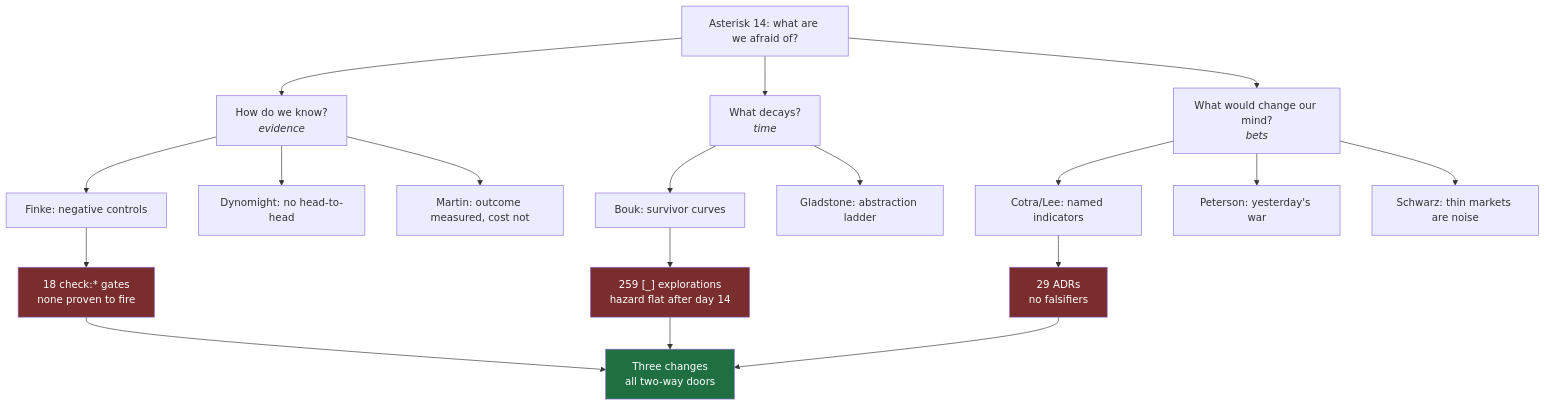
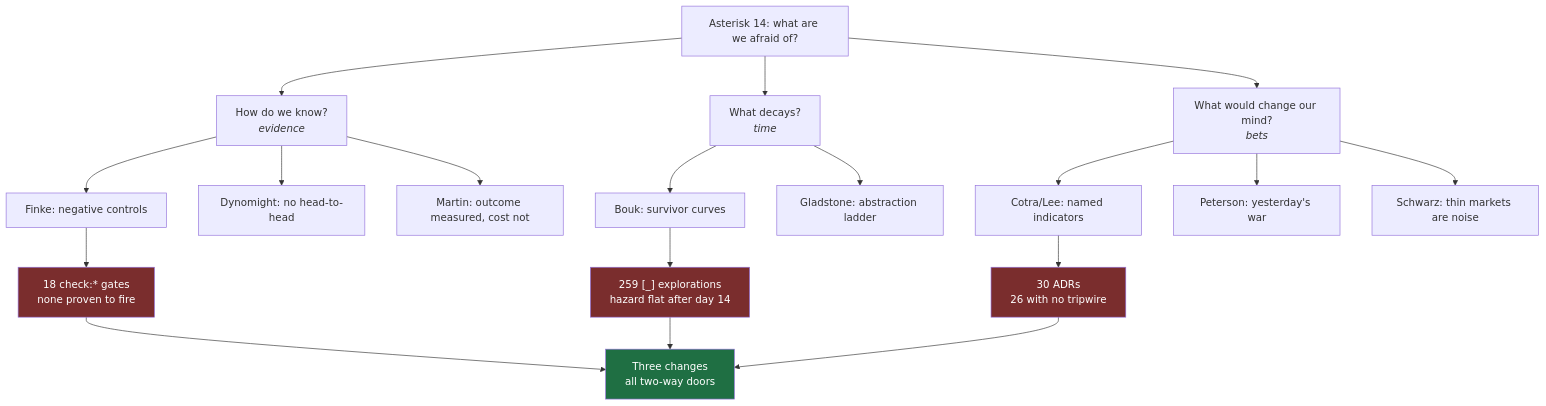
Before and after one commit to crs48/xNet: the first of 3 diagrams in docs/explorations/0424_[_]_RISK_ADJUSTED_ENGINEERING_READING_ASTERISK_14.md, drawn with Mermaid. The commit also changed other lines of this file and 2 other files, not shown here.

Commit message:
docs(decisions): give one-way ADRs a Tripwire, and the template a slot for it

````diff
--- a/docs/explorations/0424_[_]_RISK_ADJUSTED_ENGINEERING_READING_ASTERISK_14.md
+++ b/docs/explorations/0424_[_]_RISK_ADJUSTED_ENGINEERING_READING_ASTERISK_14.md
@@ -70,31 +70,31 @@
 ```mermaid
 flowchart TD
     Q["Asterisk 14: what are we afraid of?"]
 
     Q --> A["How do we know?<br/><i>evidence</i>"]
     Q --> B["What decays?<br/><i>time</i>"]
     Q --> C["What would change our mind?<br/><i>bets</i>"]
 
     A --> A1["Finke: negative controls"]
     A --> A2["Dynomight: no head-to-head"]
     A --> A3["Martin: outcome measured, cost not"]
     A1 --> AX["18 check:* gates<br/>none proven to fire"]
 
     B --> B1["Bouk: survivor curves"]
     B --> B2["Gladstone: abstraction ladder"]
     B1 --> BX["259 [_] explorations<br/>hazard flat after day 14"]
 
     C --> C1["Cotra/Lee: named indicators"]
     C --> C2["Peterson: yesterday's war"]
     C --> C3["Schwarz: thin markets are noise"]
-    C1 --> CX["29 ADRs<br/>no falsifiers"]
+    C1 --> CX["30 ADRs<br/>26 with no tripwire"]
 
     AX --> R["Three changes<br/>all two-way doors"]
     BX --> R
     CX --> R
 
     style R fill:#1f6f43,color:#fff
     style AX fill:#7a2d2d,color:#fff
     style BX fill:#7a2d2d,color:#fff
     style CX fill:#7a2d2d,color:#fff
 ```
````
